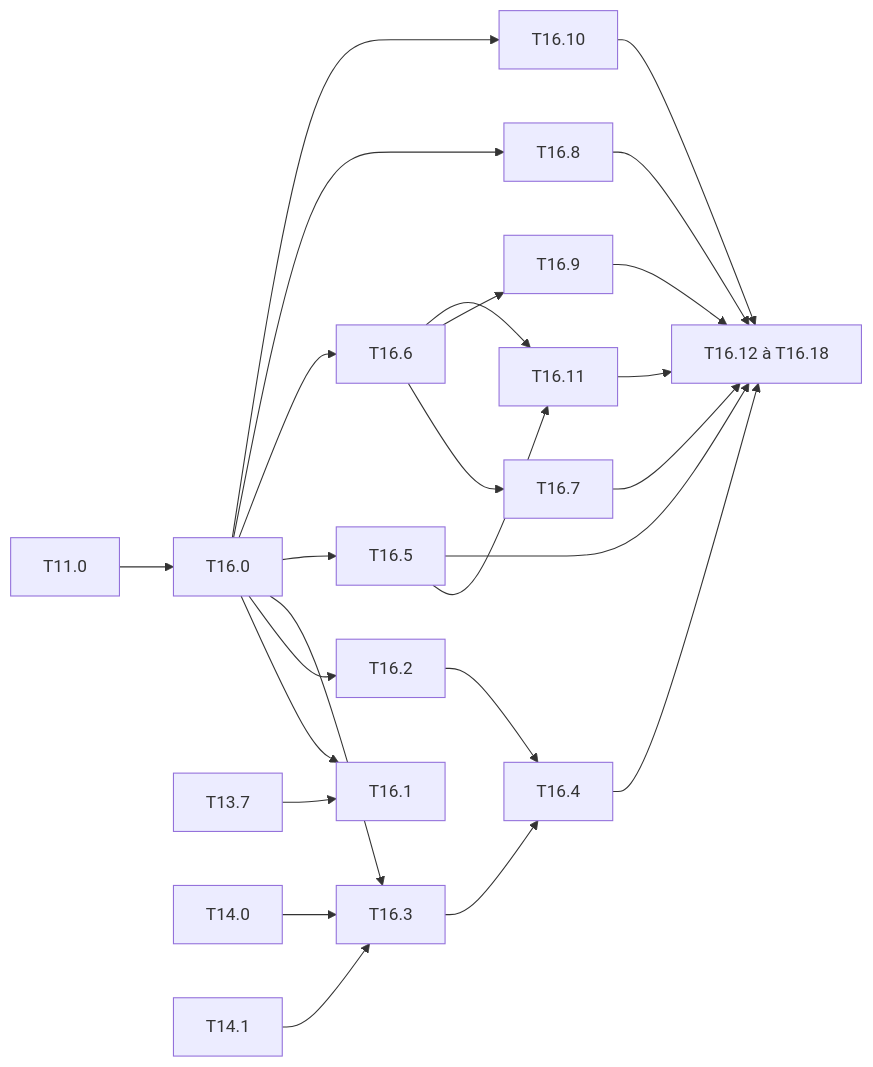
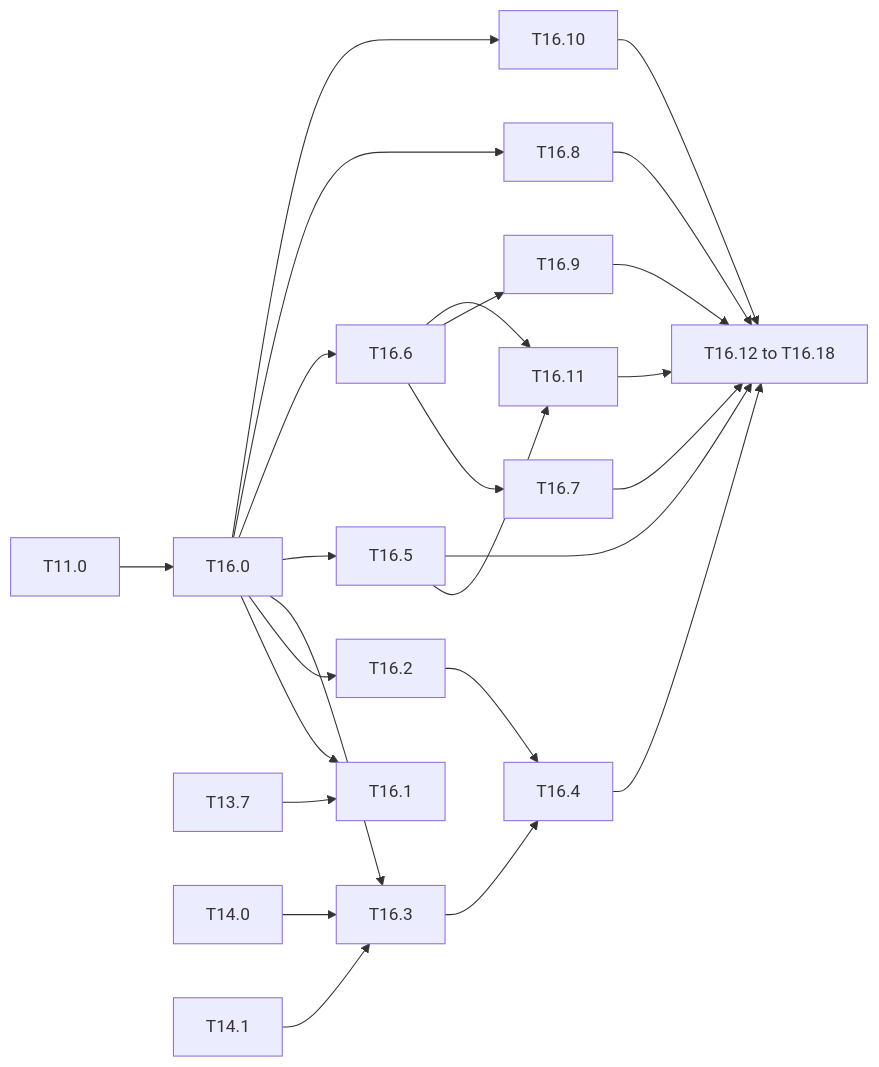
One commit to lrivals/EmbeddedComputervision changed the diagram in docs/tasks/M16-presentation-jeux.md. Above: the diagram before and after it, drawn with Mermaid. The commit also changed other lines of this file, not shown here.

````diff
--- a/docs/tasks/M16-presentation-jeux.md
+++ b/docs/tasks/M16-presentation-jeux.md
@@ -339,13 +342,13 @@
 ```mermaid
 graph LR
   T110[T11.0] --> T160[T16.0]
   T160 --> T161[T16.1] & T162[T16.2]
   T137[T13.7] --> T161
   T140[T14.0] & T141[T14.1] --> T163[T16.3]
   T160 --> T163
   T162 & T163 --> T164[T16.4]
   T160 --> T165[T16.5] & T166[T16.6] & T168[T16.8] & T1610[T16.10]
   T166 --> T167[T16.7] & T169[T16.9]
   T165 & T166 --> T1611[T16.11]
-  T164 & T165 & T167 & T168 & T169 & T1610 & T1611 --> C[T16.12 à T16.18]
+  T164 & T165 & T167 & T168 & T169 & T1610 & T1611 --> C[T16.12 to T16.18]
 ```
````
